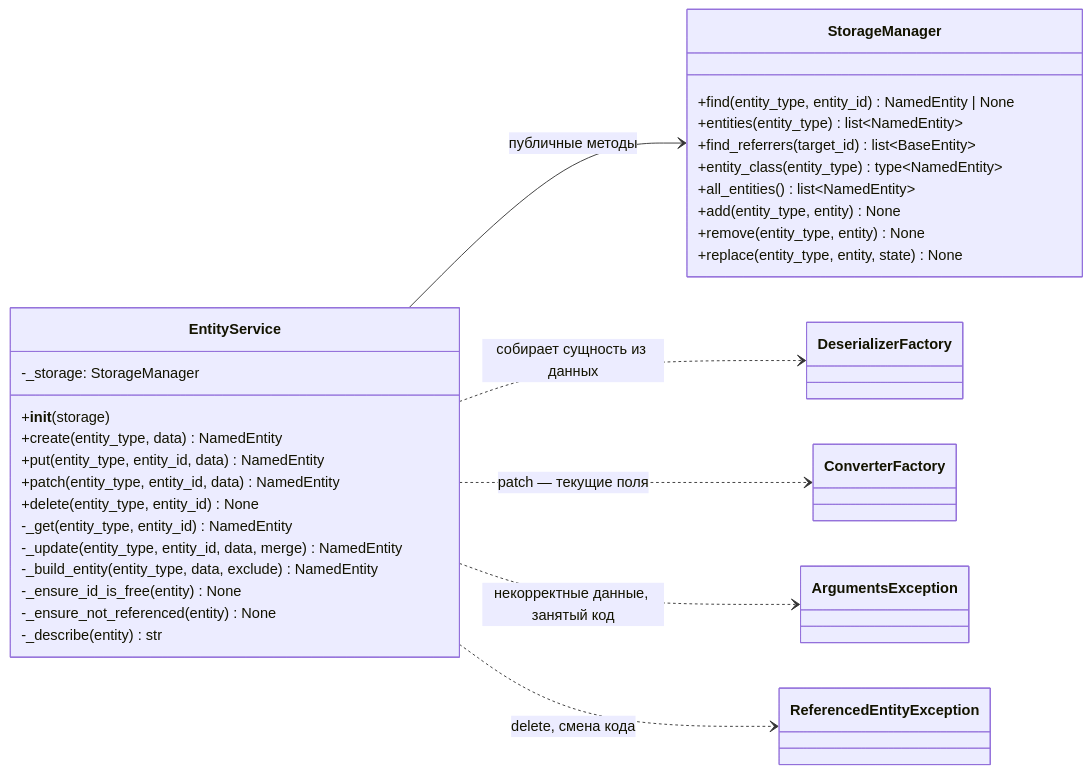
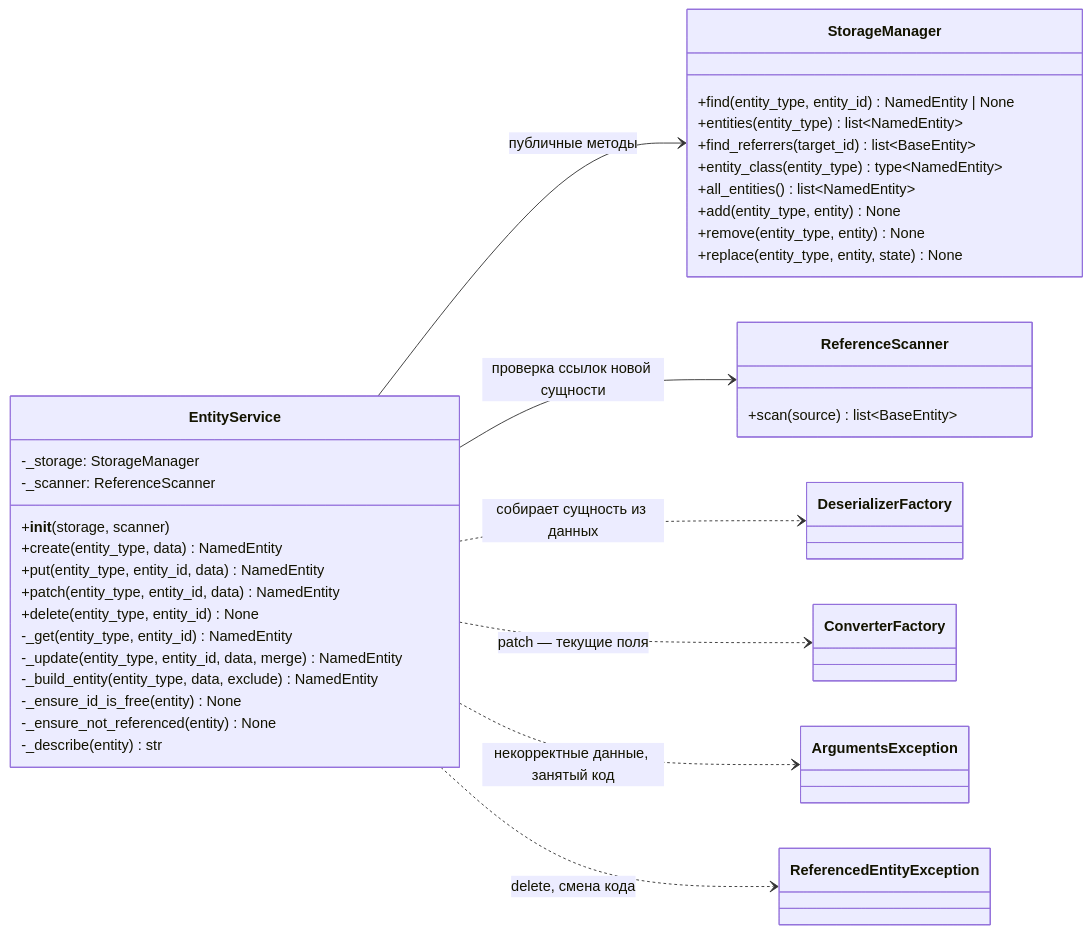
One commit to asutenshi/design-patterns changed the sixth of 12 diagrams in Docs/ClassDiagram.md. Above: the diagram before and after it, drawn with Mermaid. The commit also changed other lines of this file and 12 other files, not shown here.

Commit message:
refactor: replace manual references() with ReferenceScanner

````diff
--- a/Docs/ClassDiagram.md
+++ b/Docs/ClassDiagram.md
@@ -722,41 +723,47 @@
 ```mermaid
 classDiagram
     direction LR
 
     class EntityService {
         -_storage: StorageManager
-        +__init__(storage)
+        -_scanner: ReferenceScanner
+        +__init__(storage, scanner)
         +create(entity_type, data) NamedEntity
         +put(entity_type, entity_id, data) NamedEntity
         +patch(entity_type, entity_id, data) NamedEntity
         +delete(entity_type, entity_id) None
         -_get(entity_type, entity_id) NamedEntity
         -_update(entity_type, entity_id, data, merge) NamedEntity
         -_build_entity(entity_type, data, exclude) NamedEntity
         -_ensure_id_is_free(entity) None
         -_ensure_not_referenced(entity) None
         -_describe(entity) str
+    }
+
+    class ReferenceScanner {
+        +scan(source) list~BaseEntity~
     }
 
     class StorageManager {
         +find(entity_type, entity_id) NamedEntity | None
         +entities(entity_type) list~NamedEntity~
         +find_referrers(target_id) list~BaseEntity~
         +entity_class(entity_type) type~NamedEntity~
         +all_entities() list~NamedEntity~
         +add(entity_type, entity) None
         +remove(entity_type, entity) None
         +replace(entity_type, entity, state) None
     }
 
     class DeserializerFactory
     class ConverterFactory
     class ArgumentsException
     class ReferencedEntityException
 
     EntityService --> StorageManager : публичные методы
+    EntityService --> ReferenceScanner : проверка ссылок новой сущности
     EntityService ..> DeserializerFactory : собирает сущность из данных
     EntityService ..> ConverterFactory : patch — текущие поля
     EntityService ..> ArgumentsException : некорректные данные, занятый код
     EntityService ..> ReferencedEntityException : delete, смена кода
 ```
````
